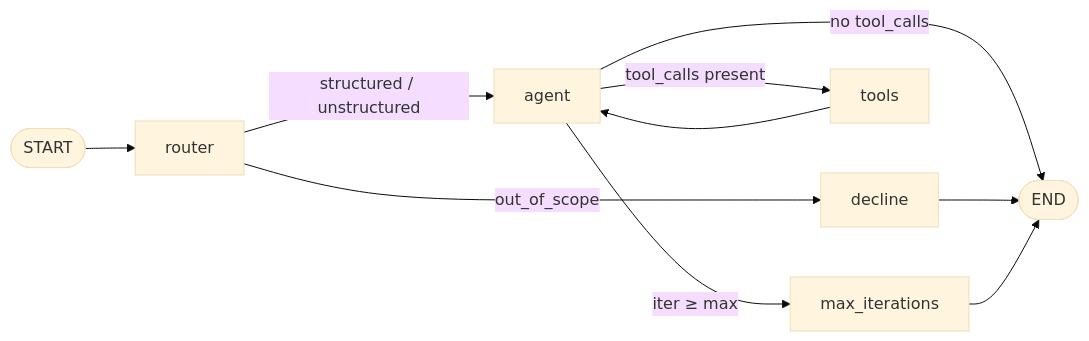
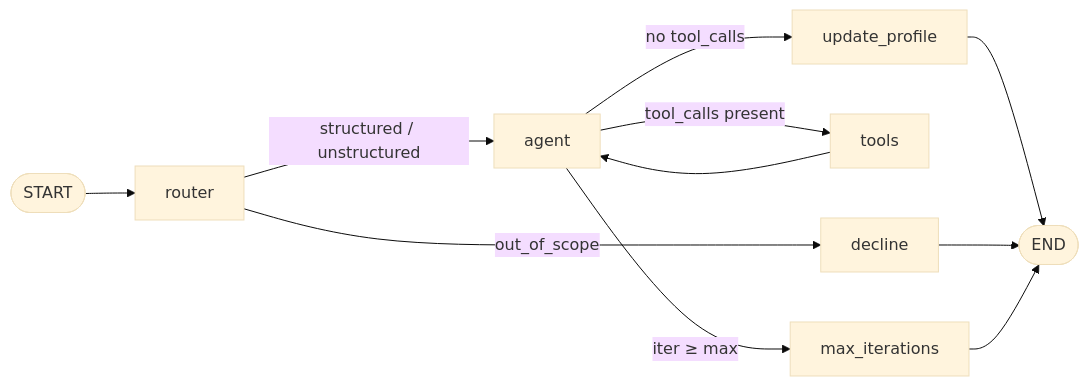
Before and after one commit to tawfeek/bitext-agent: the diagram in ARCHITECTURE.md, drawn with Mermaid (base theme). The commit also changed other lines of this file and 9 other files, not shown here.

````diff
--- a/ARCHITECTURE.md
+++ b/ARCHITECTURE.md
@@ -14,12 +18,13 @@
 ```mermaid
 flowchart LR
     START([START]) --> R[router]
     R -- out_of_scope --> D[decline]
     R -- structured / unstructured --> A[agent]
     A -- tool_calls present --> T[tools]
     T --> A
-    A -- no tool_calls --> END([END])
+    A -- no tool_calls --> UP[update_profile]
     A -- iter ≥ max --> M[max_iterations]
+    UP --> END([END])
     D --> END
     M --> END
 ```
````
